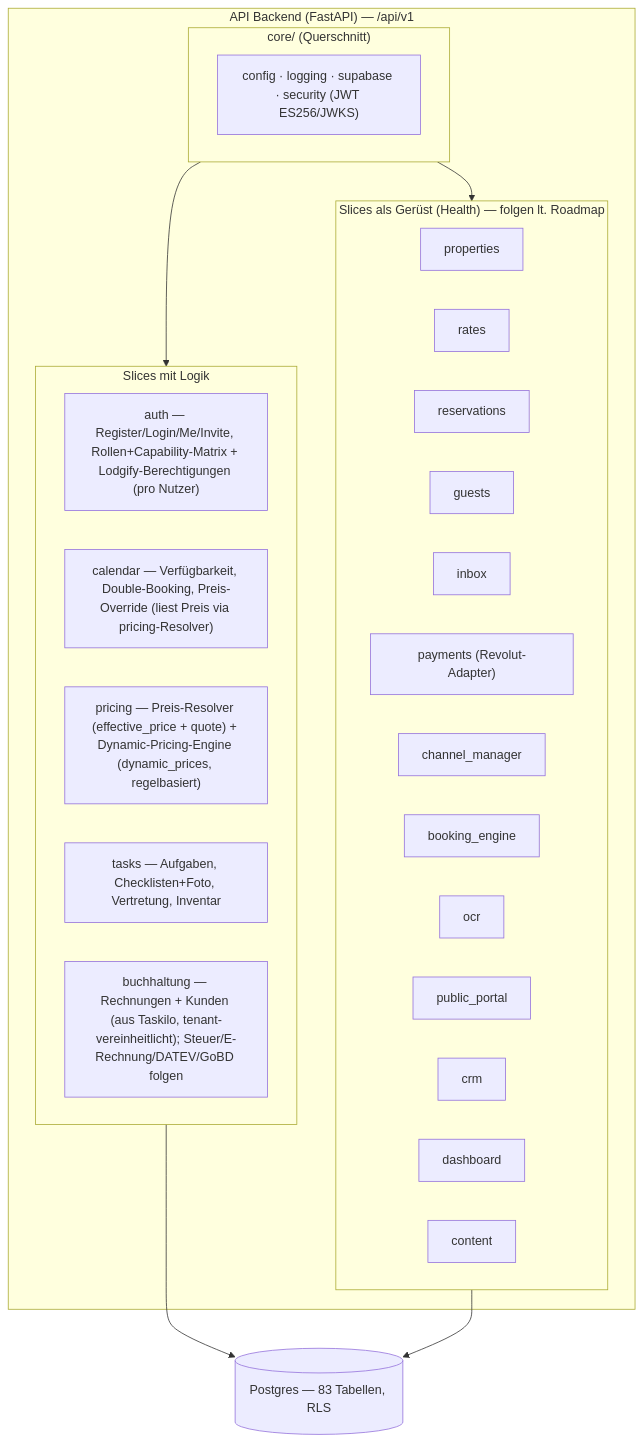
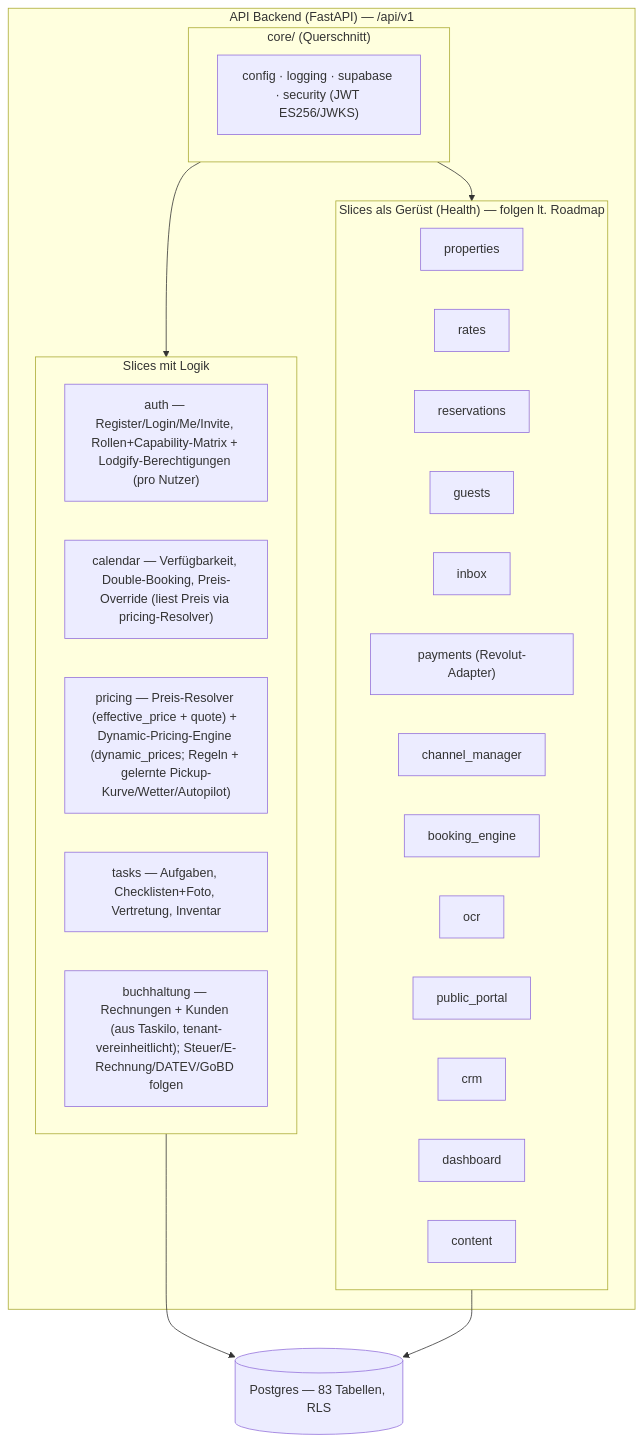
Before and after one commit to Andy1234567890-cmyk/NextDays: the third of 15 diagrams in docs/ARCHITECTURE.md, drawn with Mermaid. The commit also changed other lines of this file and 15 other files, not shown here.

First line of the commit message:
feat(pricing): KI-Forecast, Wetter, Autopilot & Rate Rules (RateBoard-Niveau)

````diff
--- a/docs/ARCHITECTURE.md
+++ b/docs/ARCHITECTURE.md
@@ -119,26 +119,26 @@
 ```mermaid
 flowchart TB
     subgraph API["API Backend (FastAPI) — /api/v1"]
         subgraph CORE["core/ (Querschnitt)"]
             CFG["config · logging · supabase · security (JWT ES256/JWKS)"]
         end
         subgraph DONE["Slices mit Logik"]
             AUTH["auth — Register/Login/Me/Invite, Rollen+Capability-Matrix + Lodgify-Berechtigungen (pro Nutzer)"]
             CAL["calendar — Verfügbarkeit, Double-Booking, Preis-Override (liest Preis via pricing-Resolver)"]
-            PRICE["pricing — Preis-Resolver (effective_price + quote) + Dynamic-Pricing-Engine (dynamic_prices, regelbasiert)"]
+            PRICE["pricing — Preis-Resolver (effective_price + quote) + Dynamic-Pricing-Engine (dynamic_prices; Regeln + gelernte Pickup-Kurve/Wetter/Autopilot)"]
             TASKS["tasks — Aufgaben, Checklisten+Foto, Vertretung, Inventar"]
             BUCH["buchhaltung — Rechnungen + Kunden (aus Taskilo, tenant-vereinheitlicht); Steuer/E-Rechnung/DATEV/GoBD folgen"]
         end
         subgraph SCAFFOLD["Slices als Gerüst (Health) — folgen lt. Roadmap"]
             PROP["properties"]; RATES["rates"]; RES["reservations"]
             GUE["guests"]; INBOX["inbox"]; PAY["payments (Revolut-Adapter)"]
             CM["channel_manager"]; BOOK["booking_engine"]; OCR["ocr"]
             PORTAL["public_portal"]; CRM["crm"]; DASH["dashboard"]; CONT["content"]
         end
     end
     DB[("Postgres — 83 Tabellen, RLS")]
     DONE --> DB
     SCAFFOLD --> DB
     CORE --> DONE
     CORE --> SCAFFOLD
 ```
````
